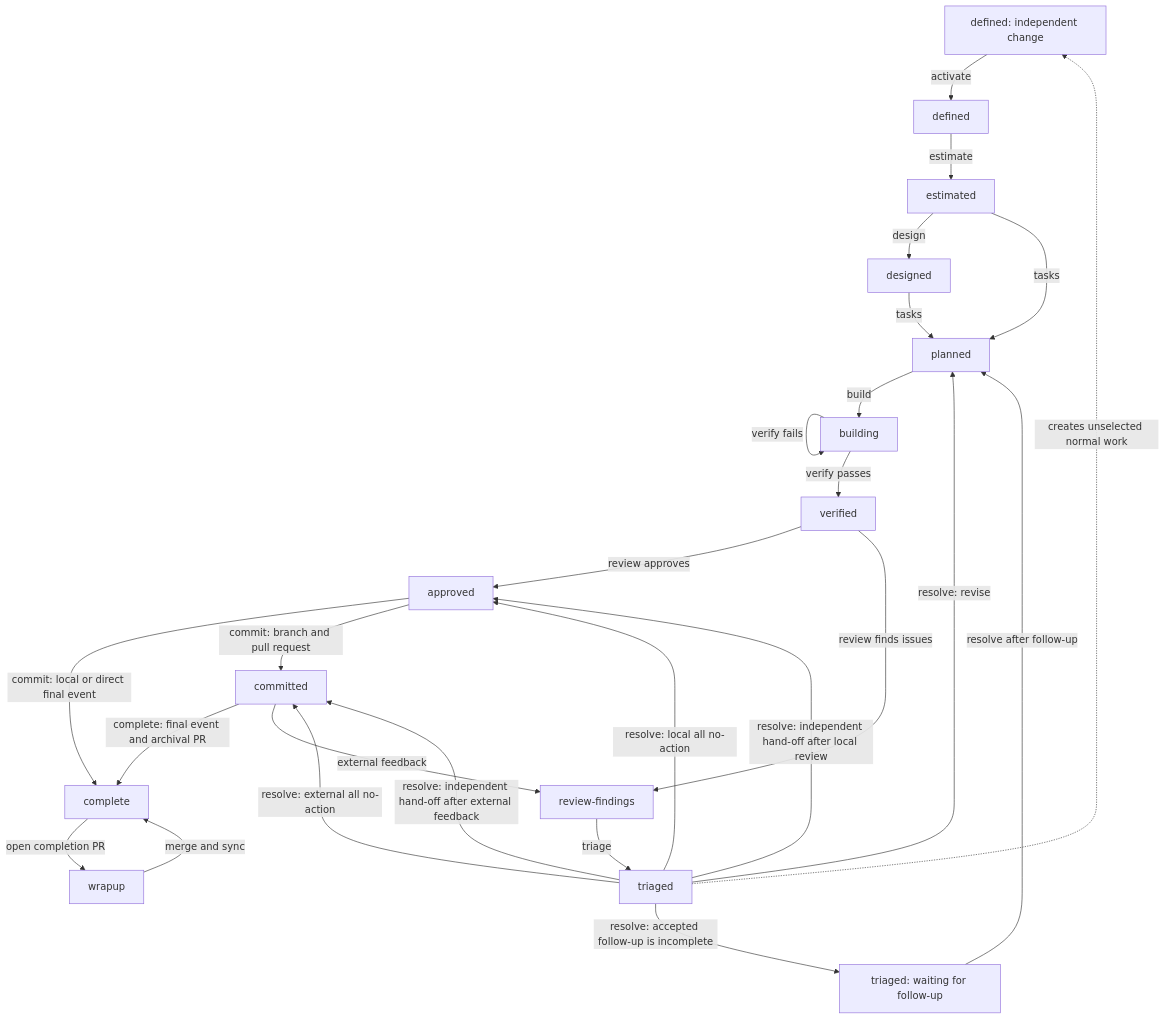
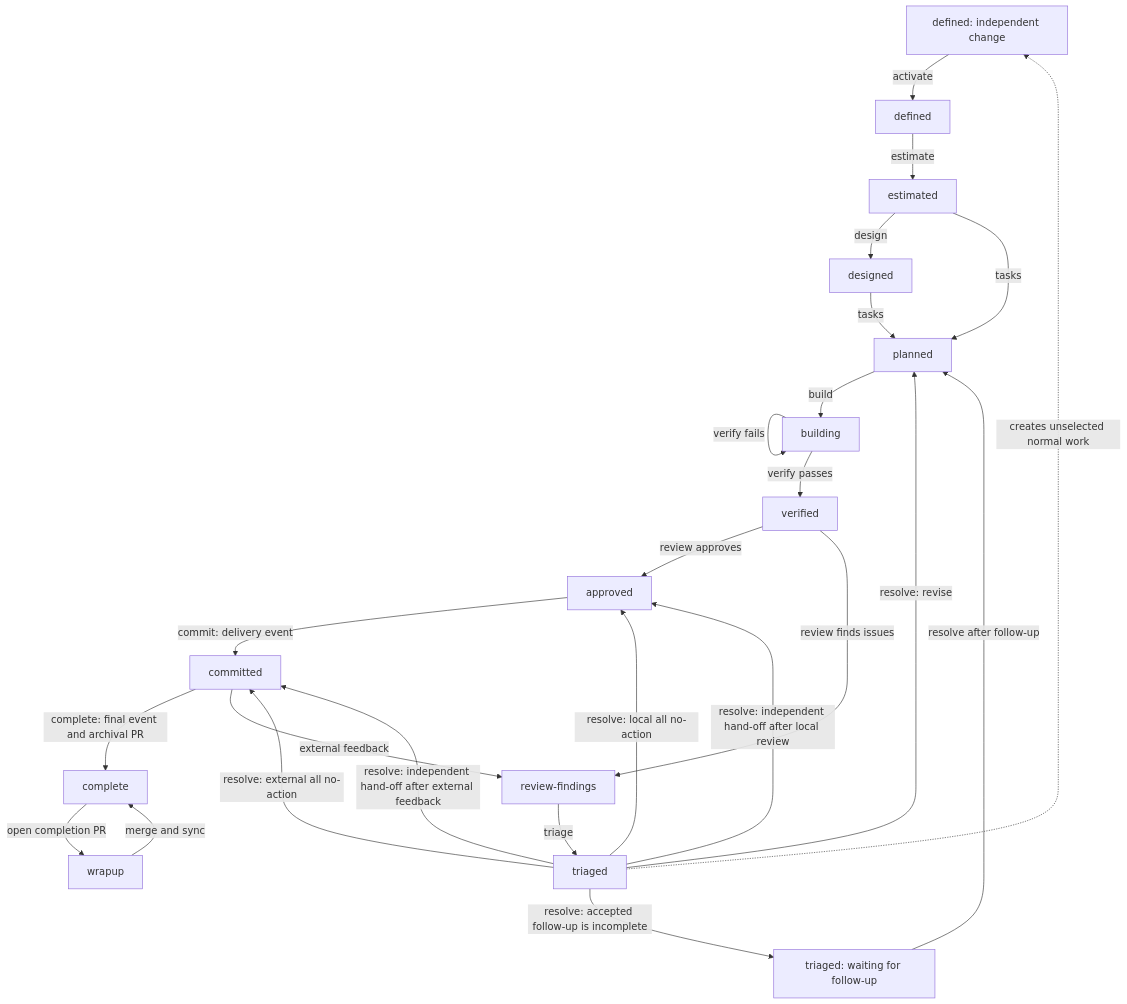
Before and after one commit to deeprave/specle: the first of 3 diagrams in docs/LIFECYCLE.md, drawn with Mermaid. The commit also changed other lines of this file and 31 other files, not shown here.

````diff
--- a/docs/LIFECYCLE.md
+++ b/docs/LIFECYCLE.md
@@ -73,29 +73,28 @@
 ```mermaid
 flowchart TB
   unselected_defined[unselected defined] -->|activate| defined
   defined -->|estimate| estimated
   estimated -->|design| designed
   estimated -->|tasks| planned
   designed -->|tasks| planned
   planned -->|build| building
   building -->|build| building
   building -->|verify passes| verified
   building -->|verify fails| building
   verified -->|review approves| approved
-  approved -->|commit: local or direct final event| complete
-  approved -->|commit: branch and pull request| committed
+  approved -->|commit: delivery event| committed
   committed -->|complete: final event and archival PR| complete
   complete -->|open completion PR| wrapup
   wrapup -->|merge and sync| complete
   committed -->|external feedback| review_findings
   verified -->|review finds issues| review_findings[review-findings]
   review_findings -->|triage| triaged
   triaged -->|resolve: revise| planned
   triaged -->|resolve: accepted follow-up is incomplete| waiting[triaged: waiting for follow-up]
   waiting -->|resolve after follow-up| planned
   triaged -->|resolve: local all no-action| approved
   triaged -->|resolve: external all no-action| committed
   triaged -->|resolve: independent hand-off after local review| approved
   triaged -->|resolve: independent hand-off after external feedback| committed
   triaged -.->|creates unselected normal work| unselected_defined[defined: independent change]
 ```
````
